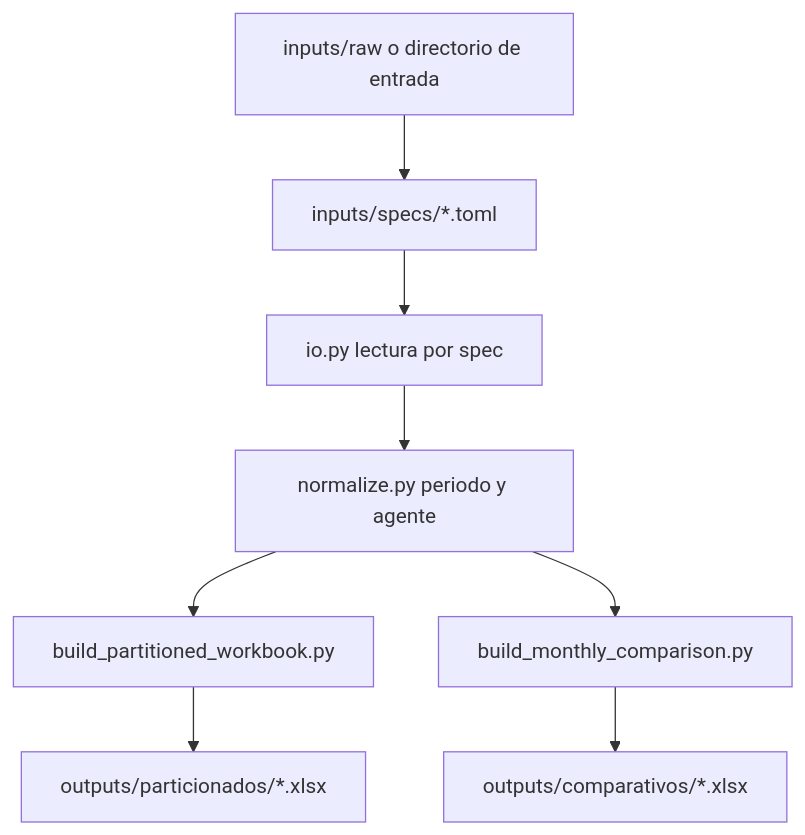
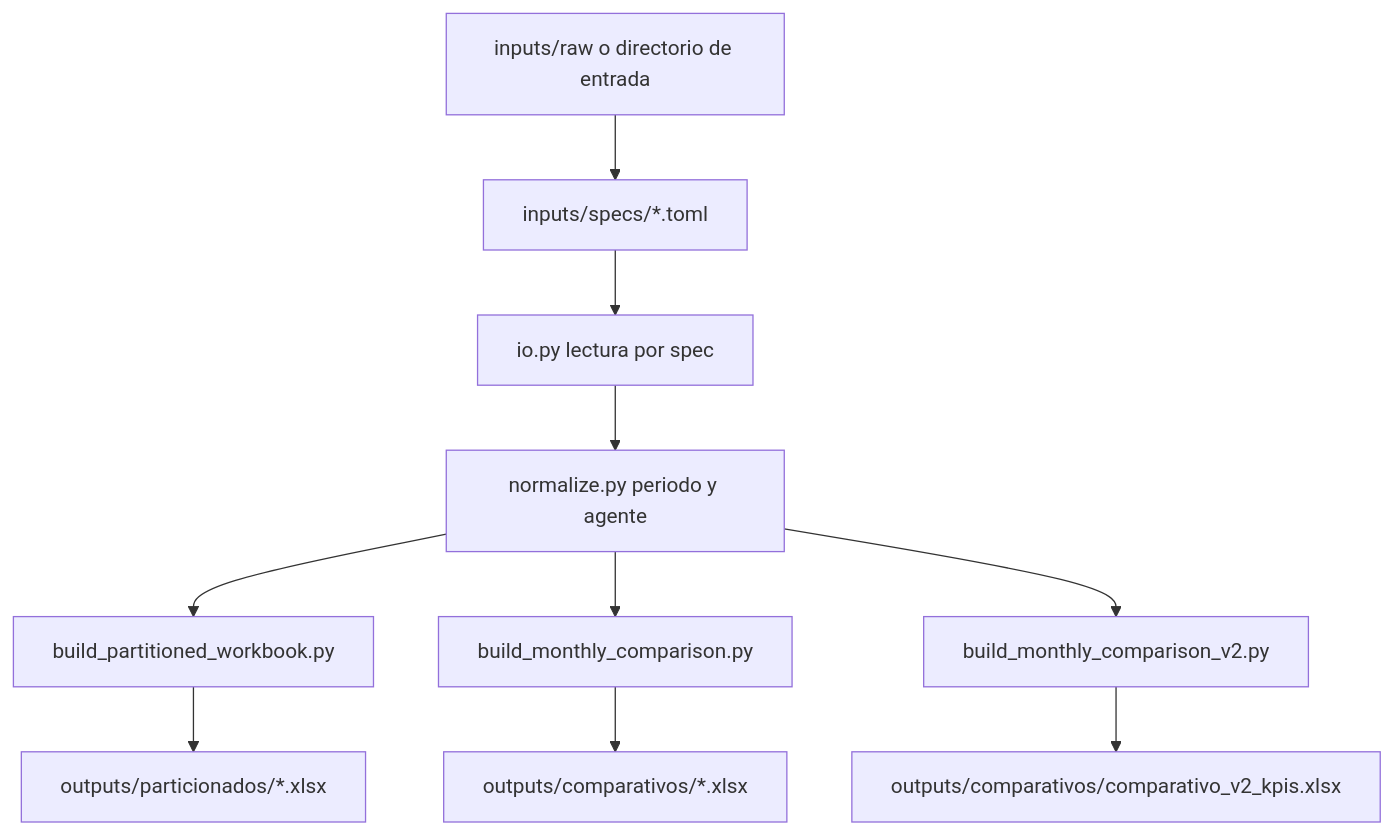
The first of 2 diagrams in docs/arquitectura.md (jesusrloza/vfiic-kpis-operativos), drawn with Mermaid before and after one commit. The commit also changed other lines of this file and 18 other files, not shown here.

First line of the commit message:
Implement monthly comparison V2 with enhanced presentation and semantic trend indicators

````diff
--- a/docs/arquitectura.md
+++ b/docs/arquitectura.md
@@ -37,10 +39,12 @@
 ```mermaid
 flowchart TD
   rawInputs["inputs/raw o directorio de entrada"] --> specs["inputs/specs/*.toml"]
   specs --> reader["io.py lectura por spec"]
   reader --> normalize["normalize.py periodo y agente"]
   normalize --> partitioned["build_partitioned_workbook.py"]
   normalize --> comparison["build_monthly_comparison.py"]
+  normalize --> comparisonv2["build_monthly_comparison_v2.py"]
   partitioned --> outPart["outputs/particionados/*.xlsx"]
   comparison --> outComp["outputs/comparativos/*.xlsx"]
+  comparisonv2 --> outCompV2["outputs/comparativos/comparativo_v2_kpis.xlsx"]
 ```
````
